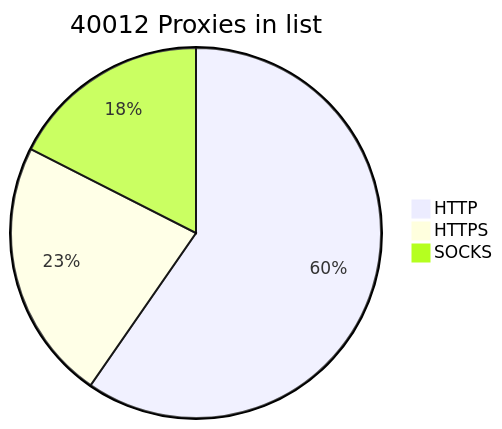
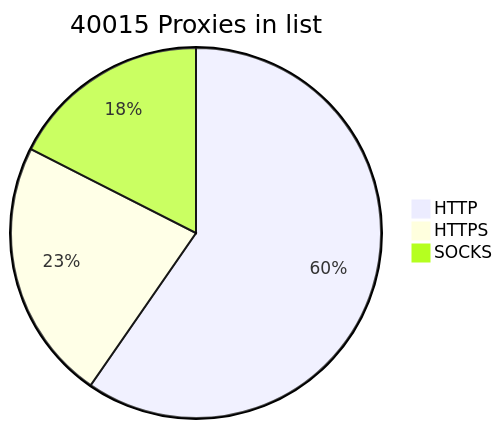
The diagram in README.md (BlackSnowDot/proxylist-update-every-minute), drawn with Mermaid before and after one commit.

````diff
--- a/README.md
+++ b/README.md
@@ -2,6 +2,6 @@
 ```mermaid
-pie title 40012 Proxies in list
-    "HTTP" : 28134
-    "HTTPS": 10777
+pie title 40015 Proxies in list
+    "HTTP" : 28136
+    "HTTPS": 10782
     "SOCKS" : 8266
 ```
````
